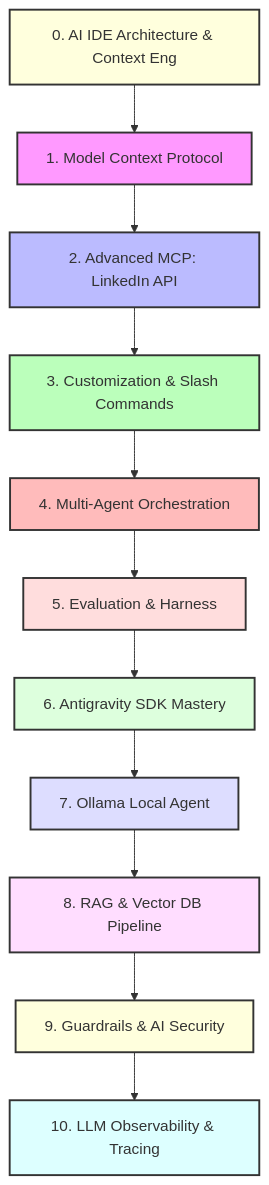
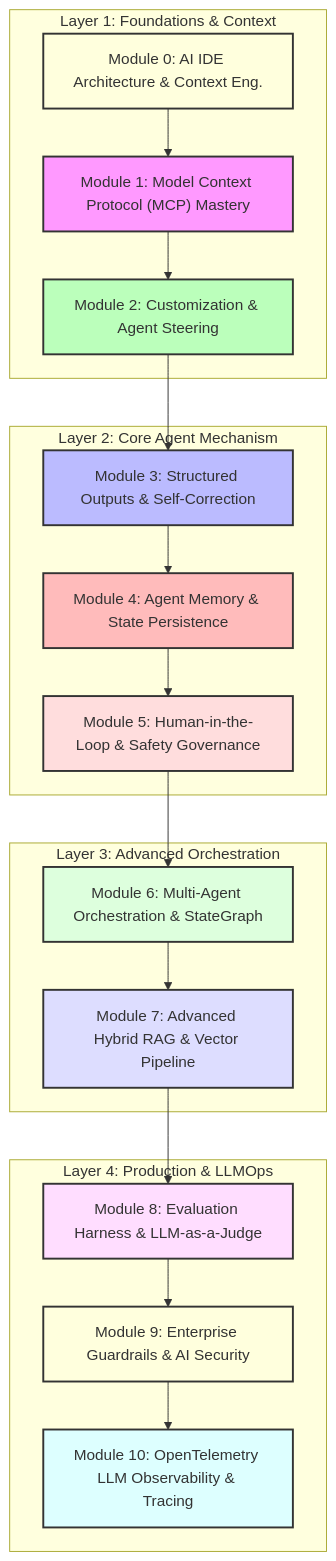
One commit to eooiea/AI-Engineering changed the diagram in curriculum.md. Above: the diagram before and after it, drawn with Mermaid. The commit also changed other lines of this file and 31 other files, not shown here.

````diff
--- a/curriculum.md
+++ b/curriculum.md
@@ -11,25 +9,39 @@
 ```mermaid
 graph TD
-    M0[0. AI IDE Architecture & Context Eng] --> M1[1. Model Context Protocol]
-    M1 --> M2[2. Advanced MCP: LinkedIn API]
-    M2 --> M3[3. Customization & Slash Commands]
-    M3 --> M4[4. Multi-Agent Orchestration]
-    M4 --> M5[5. Evaluation & Harness]
-    M5 --> M6[6. Antigravity SDK Mastery]
-    M6 --> M7[7. Ollama Local Agent]
-    M7 --> M8[8. RAG & Vector DB Pipeline]
-    M8 --> M9[9. Guardrails & AI Security]
-    M9 --> M10[10. LLM Observability & Tracing]
+    subgraph "Layer 1: Foundations & Context"
+        M0["Module 0: AI IDE Architecture & Context Eng."]
+        M1["Module 1: Model Context Protocol (MCP) Mastery"]
+        M2["Module 2: Customization & Agent Steering"]
+    end
+    
+    subgraph "Layer 2: Core Agent Mechanism"
+        M3["Module 3: Structured Outputs & Self-Correction"]
+        M4["Module 4: Agent Memory & State Persistence"]
+        M5["Module 5: Human-in-the-Loop & Safety Governance"]
+    end
+    
+    subgraph "Layer 3: Advanced Orchestration"
+        M6["Module 6: Multi-Agent Orchestration & StateGraph"]
+        M7["Module 7: Advanced Hybrid RAG & Vector Pipeline"]
+    end
+    
+    subgraph "Layer 4: Production & LLMOps"
+        M8["Module 8: Evaluation Harness & LLM-as-a-Judge"]
+        M9["Module 9: Enterprise Guardrails & AI Security"]
+        M10["Module 10: OpenTelemetry LLM Observability & Tracing"]
+    end
+
+    M0 --> M1 --> M2 --> M3 --> M4 --> M5 --> M6 --> M7 --> M8 --> M9 --> M10
     
     style M0 fill:#ffd,stroke:#333,stroke-width:2px
     style M1 fill:#f9f,stroke:#333,stroke-width:2px
-    style M2 fill:#bbf,stroke:#333,stroke-width:2px
-    style M3 fill:#bfb,stroke:#333,stroke-width:2px
+    style M2 fill:#bfb,stroke:#333,stroke-width:2px
+    style M3 fill:#bbf,stroke:#333,stroke-width:2px
     style M4 fill:#fbb,stroke:#333,stroke-width:2px
     style M5 fill:#fdd,stroke:#333,stroke-width:2px
     style M6 fill:#dfd,stroke:#333,stroke-width:2px
     style M7 fill:#ddf,stroke:#333,stroke-width:2px
     style M8 fill:#fdf,stroke:#333,stroke-width:2px
     style M9 fill:#ffd,stroke:#333,stroke-width:2px
     style M10 fill:#dff,stroke:#333,stroke-width:2px
 ```
````
